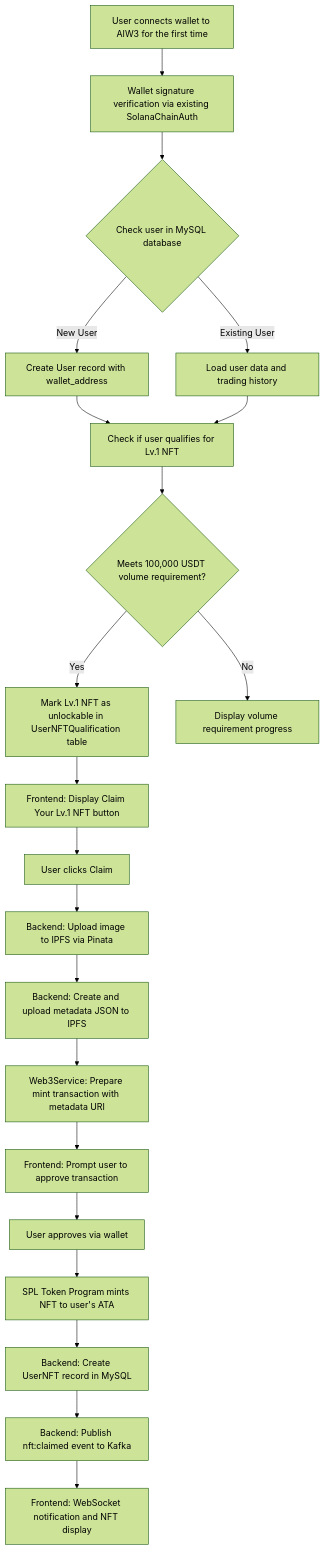
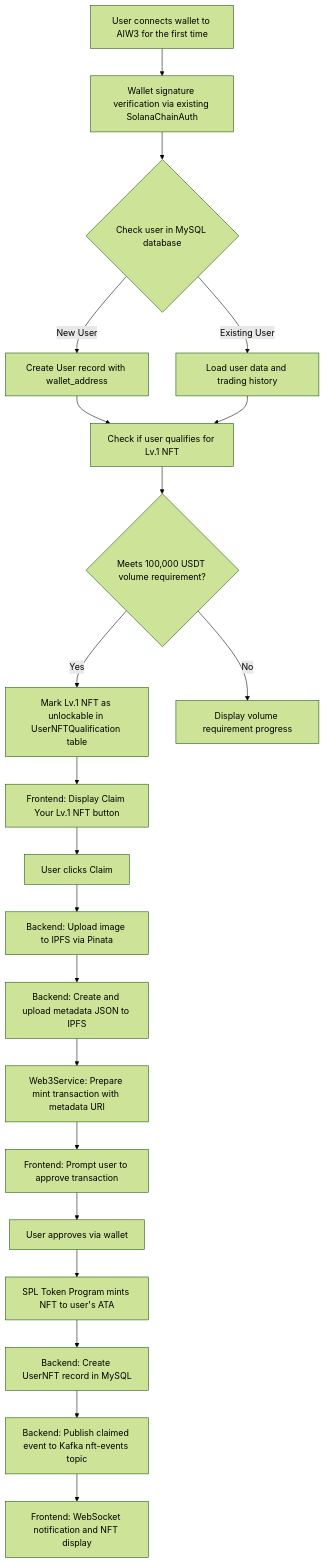
One commit to ljg-cqu/aiw3-nft-solana changed the second of 4 diagrams in docs/AIW3-NFT-Implementation-Guide.md. Above: the diagram before and after it, drawn with Mermaid (forest theme). The commit also changed other lines of this file and 1 other file, not shown here.

Commit message:
docs: update NFT system to use Redis cache and standardize Kafka event topics

````diff
--- a/docs/AIW3-NFT-Implementation-Guide.md
+++ b/docs/AIW3-NFT-Implementation-Guide.md
@@ -249,23 +249,23 @@
 ```mermaid
 flowchart TD
     A[User connects wallet to AIW3 for the first time] --> B[Wallet signature verification via existing SolanaChainAuth]
     B --> C{Check user in MySQL database}
     C -->|New User| D[Create User record with wallet_address]
     C -->|Existing User| E[Load user data and trading history]
     D --> F[Check if user qualifies for Lv.1 NFT]
     E --> F
     F --> G{Meets 100,000 USDT volume requirement?}
     G -->|Yes| H[Mark Lv.1 NFT as unlockable in UserNFTQualification table]
     G -->|No| I[Display volume requirement progress]
     H --> J[Frontend: Display Claim Your Lv.1 NFT button]
     J --> K[User clicks Claim]
     K --> L[Backend: Upload image to IPFS via Pinata]
     L --> M[Backend: Create and upload metadata JSON to IPFS]
     M --> N[Web3Service: Prepare mint transaction with metadata URI]
     N --> O[Frontend: Prompt user to approve transaction]
     O --> P[User approves via wallet]
     P --> Q[SPL Token Program mints NFT to user's ATA]
     Q --> R[Backend: Create UserNFT record in MySQL]
-    R --> S[Backend: Publish nft:claimed event to Kafka]
+    R --> S[Backend: Publish claimed event to Kafka nft-events topic]
     S --> T[Frontend: WebSocket notification and NFT display]
 ```
````
